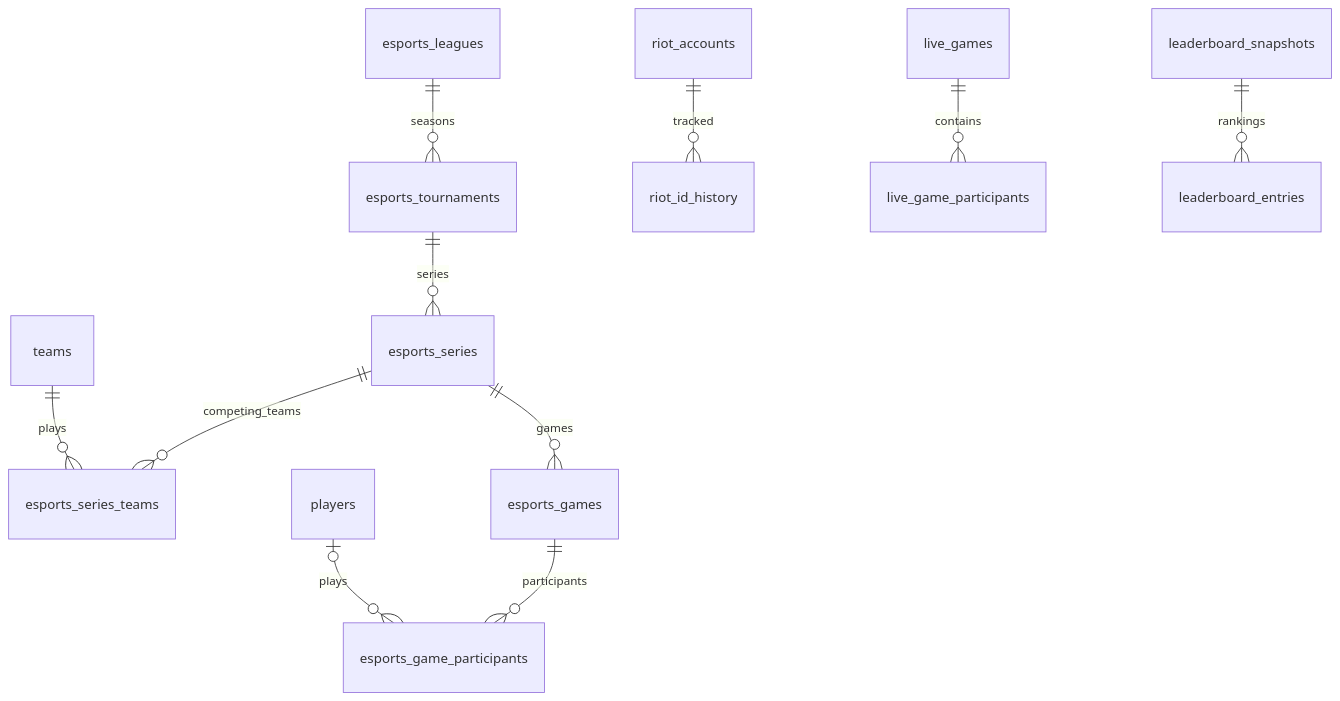
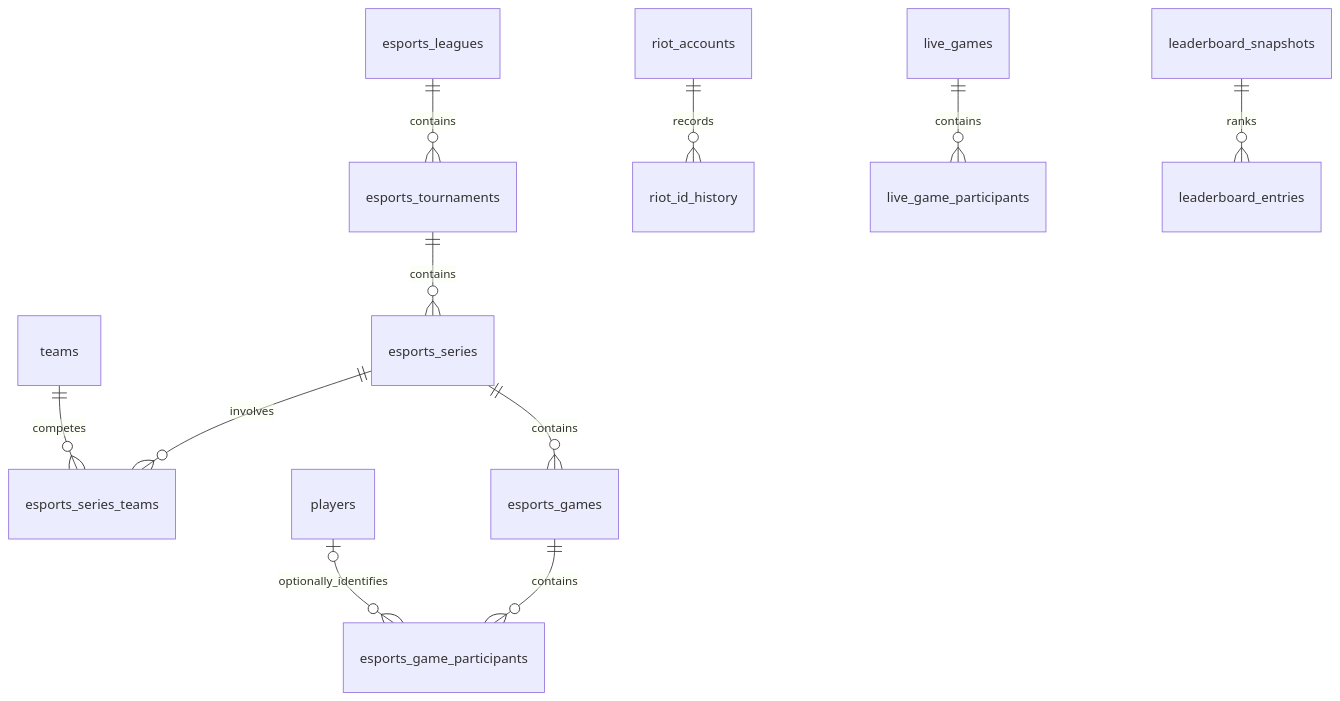
The second of 2 diagrams in docs/database.md (egvist/lol-app-api), drawn with Mermaid before and after one commit. The commit also changed other lines of this file and 6 other files, not shown here.

````diff
--- a/docs/database.md
+++ b/docs/database.md
@@ -124,13 +150,13 @@
 ```mermaid
 erDiagram
-    esports_leagues ||--o{ esports_tournaments : seasons
-    esports_tournaments ||--o{ esports_series : series
-    esports_series ||--o{ esports_series_teams : competing_teams
-    esports_series ||--o{ esports_games : games
-    esports_games ||--o{ esports_game_participants : participants
-    teams ||--o{ esports_series_teams : plays
-    players |o--o{ esports_game_participants : plays
-    riot_accounts ||--o{ riot_id_history : tracked
+    esports_leagues ||--o{ esports_tournaments : contains
+    esports_tournaments ||--o{ esports_series : contains
+    esports_series ||--o{ esports_series_teams : involves
+    esports_series ||--o{ esports_games : contains
+    esports_games ||--o{ esports_game_participants : contains
+    teams ||--o{ esports_series_teams : competes
+    players |o--o{ esports_game_participants : optionally_identifies
+    riot_accounts ||--o{ riot_id_history : records
     live_games ||--o{ live_game_participants : contains
-    leaderboard_snapshots ||--o{ leaderboard_entries : rankings
+    leaderboard_snapshots ||--o{ leaderboard_entries : ranks
 ```
````
